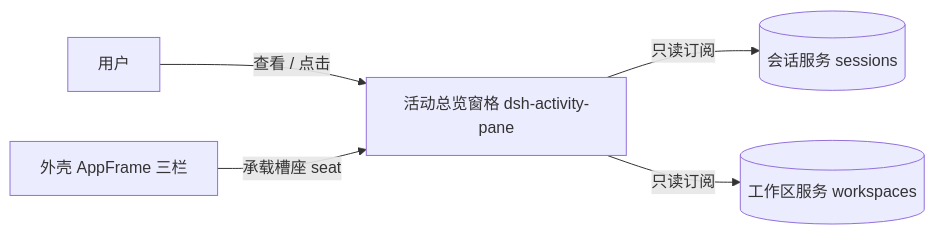
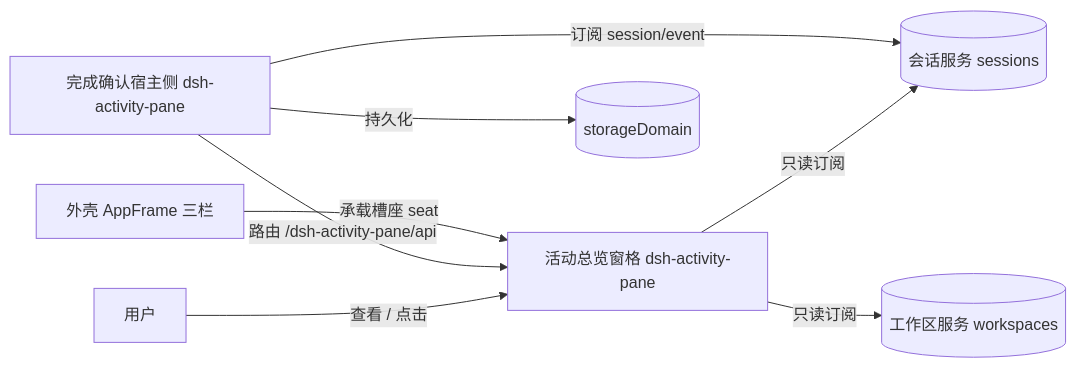
The first of 6 diagrams in DESIGN.md (ccll/dsh-activity-pane), drawn with Mermaid before and after one commit. The commit also changed other lines of this file and 15 other files, not shown here.

First line of the commit message:
⭐ 功能(activity-pane): 完成提醒改显式确认并跨端同步

````diff
--- a/DESIGN.md
+++ b/DESIGN.md
@@ -54,7 +54,10 @@
 ```mermaid
 flowchart LR
     User[用户] -->|查看 / 点击| Pane[活动总览窗格 dsh-activity-pane]
     Pane -->|只读订阅| Sessions[(会话服务 sessions)]
     Pane -->|只读订阅| Workspaces[(工作区服务 workspaces)]
+    PanelHost[完成确认宿主侧 dsh-activity-pane] -->|订阅 session/event| Sessions
+    PanelHost -->|路由 /dsh-activity-pane/api| Pane
+    PanelHost -->|持久化| Storage[(storageDomain)]
     Shell[外壳 AppFrame 三栏] -->|承载槽座 seat| Pane
 ```
````
